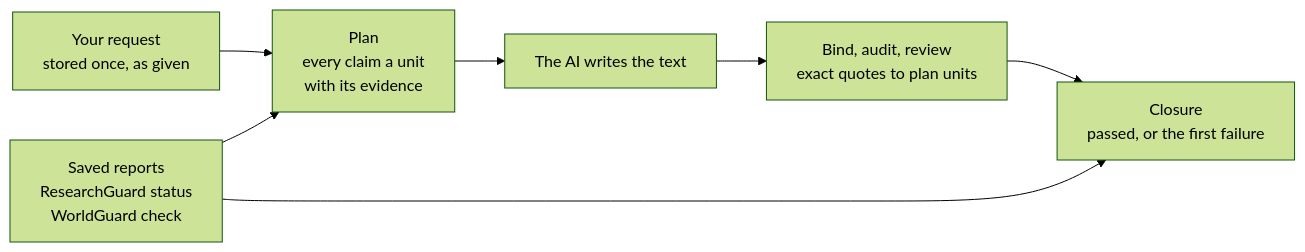
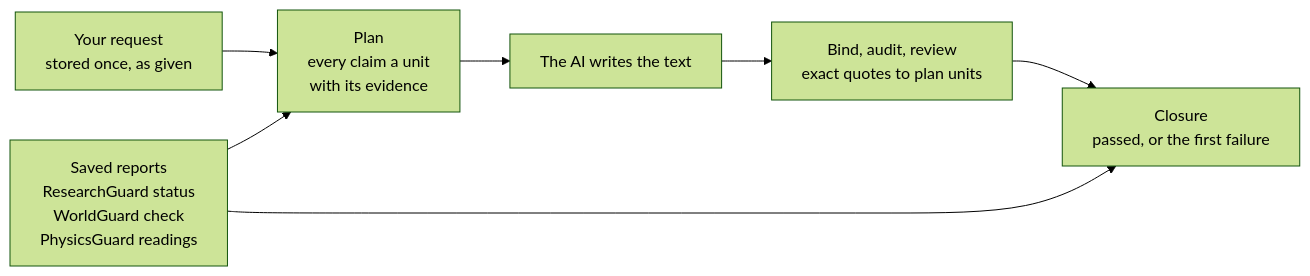
One commit to liuyingxuvka/LogicWriting changed the second of 2 diagrams in README.md. Above: the diagram before and after it, drawn with Mermaid (forest theme). The commit also changed other lines of this file and 39 other files, not shown here.

First line of the commit message:
Check planned and written readings against saved originals

````diff
--- a/README.md
+++ b/README.md
@@ -226,9 +228,9 @@
 ```mermaid
 flowchart LR
   R["Your request<br/>stored once, as given"] --> B["Plan<br/>every claim a unit<br/>with its evidence"]
-  P["Saved reports<br/>ResearchGuard status<br/>WorldGuard check"] --> B
+  P["Saved reports<br/>ResearchGuard status<br/>WorldGuard check<br/>PhysicsGuard readings"] --> B
   B --> W["The AI writes the text"]
   W --> C["Bind, audit, review<br/>exact quotes to plan units"]
   C --> X["Closure<br/>passed, or the first failure"]
   P --> X
 ```
````
